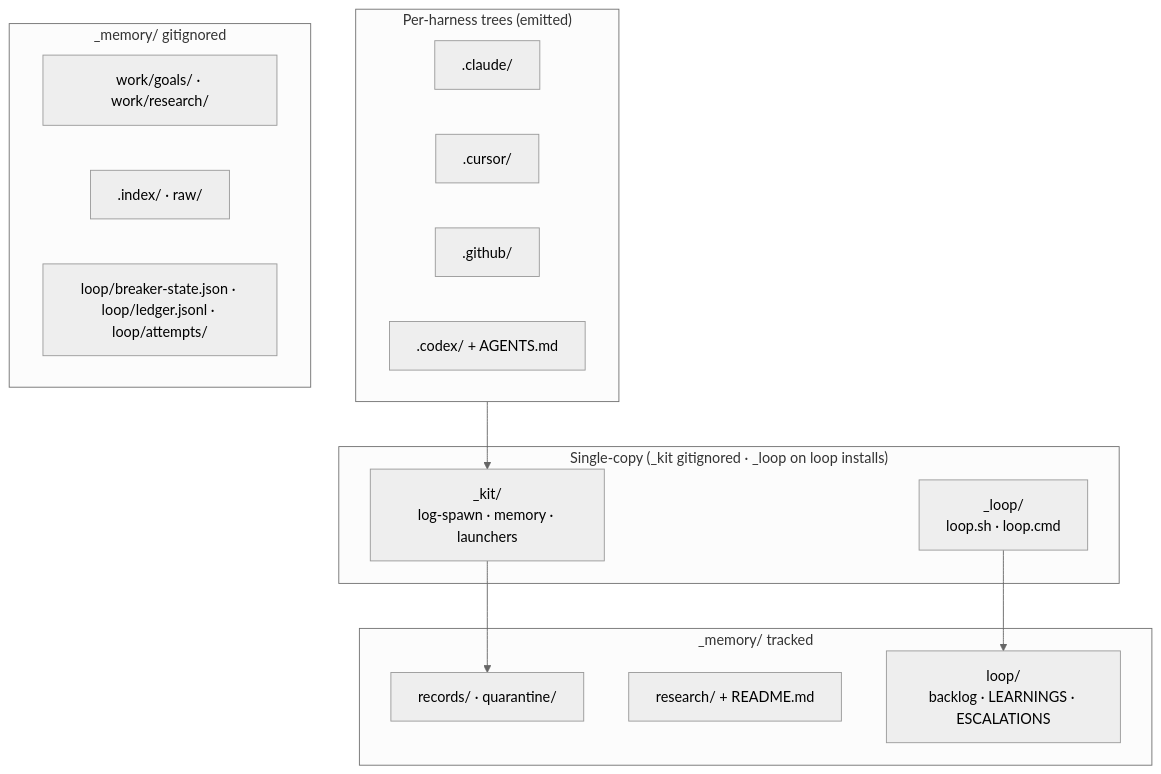
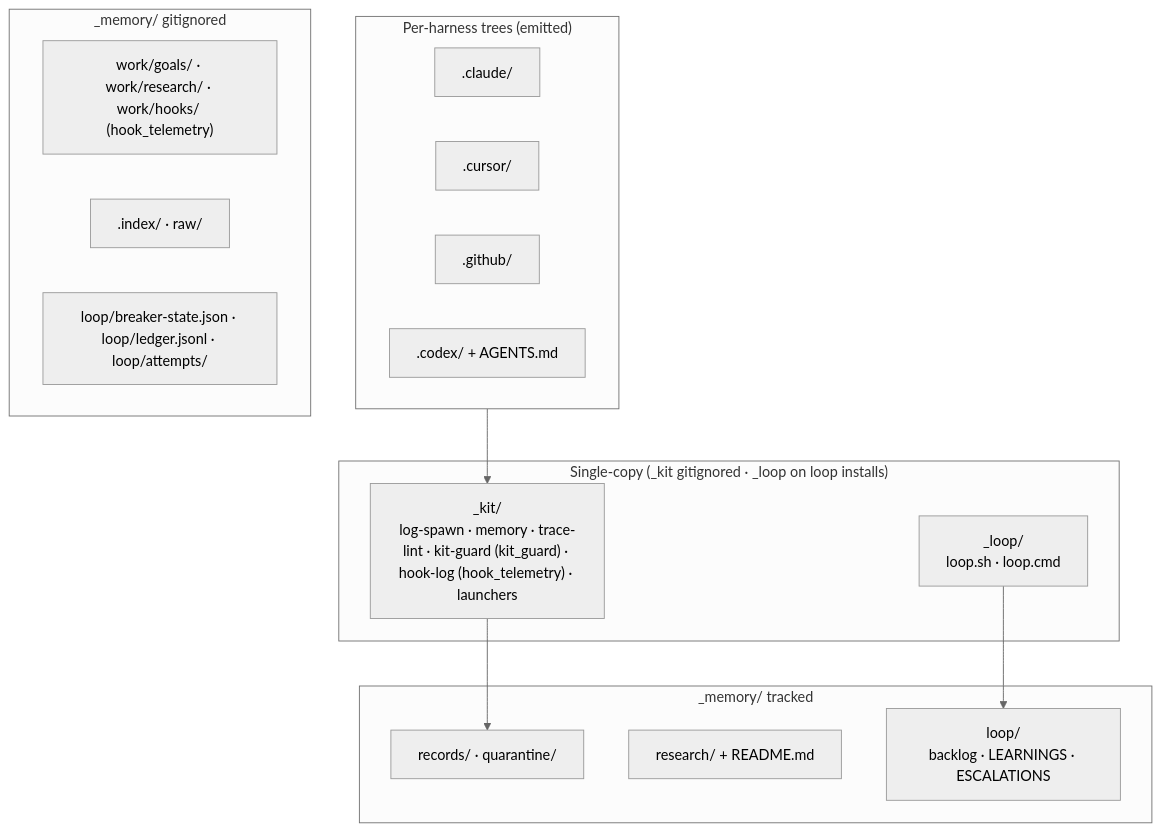
Before and after one commit to kdcllc/skills: the fourth of 12 diagrams in docs/agent-kit/guide/architecture.md, drawn with Mermaid (neutral theme). The commit also changed other lines of this file and 359 other files, not shown here.

First line of the commit message:
release(agent-kit): 2.2.0 — opt-in skills, kit-file guard, hook telemetry and a harder evaluator gate (#9)

````diff
--- a/docs/agent-kit/guide/architecture.md
+++ b/docs/agent-kit/guide/architecture.md
@@ -100,30 +116,30 @@
 ```mermaid
 flowchart TD
     subgraph harnessTrees ["Per-harness trees (emitted)"]
         Claude[".claude/"]
         Cursor[".cursor/"]
         GitHub[".github/"]
         Codex[".codex/ + AGENTS.md"]
     end
 
     subgraph singleCopy ["Single-copy (_kit gitignored · _loop on loop installs)"]
-        Kit["_kit/\nlog-spawn · memory · launchers"]
+        Kit["_kit/\nlog-spawn · memory · trace-lint · kit-guard (kit_guard) · hook-log (hook_telemetry) · launchers"]
         Loop["_loop/\nloop.sh · loop.cmd"]
     end
 
     subgraph memTracked ["_memory/ tracked"]
         Rec["records/ · quarantine/"]
         ResIdx["research/ + README.md"]
         LoopMem["loop/\nbacklog · LEARNINGS · ESCALATIONS"]
     end
 
     subgraph memIgnored ["_memory/ gitignored"]
-        Work["work/goals/ · work/research/"]
+        Work["work/goals/ · work/research/ · work/hooks/ (hook_telemetry)"]
         Derive[".index/ · raw/"]
         Brk["loop/breaker-state.json · loop/ledger.jsonl · loop/attempts/"]
     end
 
     harnessTrees --> Kit
     Loop --> LoopMem
     Kit --> Rec
 ```
````
